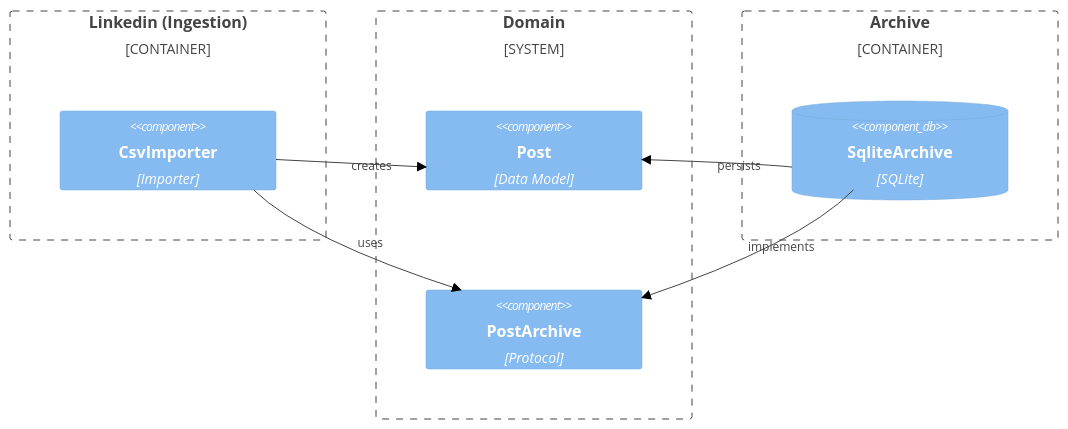
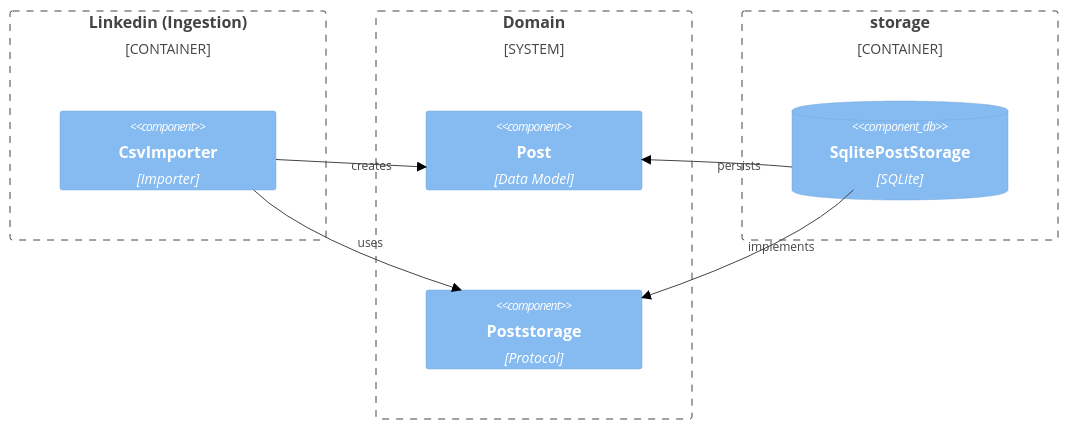
One commit to ADarko22/linkedin-idea-to-post changed the second of 3 diagrams in src/linkedin_idea_to_post/README.md. Above: the diagram before and after it, drawn with Mermaid (forest theme). The commit also changed other lines of this file and 20 other files, not shown here.

Commit message:
Rename archive module to persistence; Rename PostArchive protocol to PostStorage and propagate to implementation; Separate database configuration and schema sql

````diff
--- a/src/linkedin_idea_to_post/README.md
+++ b/src/linkedin_idea_to_post/README.md
@@ -37,21 +37,21 @@
 ```mermaid
 C4Component
     Container_Boundary(ingestion_b, "Linkedin (Ingestion)") {
         Component(importer, "CsvImporter", "Importer")
     }
 
     System_Boundary(domain_b, "Domain") {
         Component(post_m, "Post", "Data Model")
-        Component(archive_p, "PostArchive", "Protocol")
+        Component(storage_p, "Poststorage", "Protocol")
     }
 
-    Container_Boundary(archive_b, "Archive") {
-        ComponentDb(archive, "SqliteArchive", "SQLite")
+    Container_Boundary(storage_b, "storage") {
+        ComponentDb(storage, "SqlitePostStorage", "SQLite")
     }
 
     Rel_R(importer, post_m, "creates")
-    Rel_R(importer, archive_p, "uses")
-    Rel_L(archive, post_m, "persists")
-    Rel_L(archive, archive_p, "implements")
+    Rel_R(importer, storage_p, "uses")
+    Rel_L(storage, post_m, "persists")
+    Rel_L(storage, storage_p, "implements")
     UpdateLayoutConfig($c4ShapeInRow="1", $c4BoundaryInRow="3")
 ```
````
